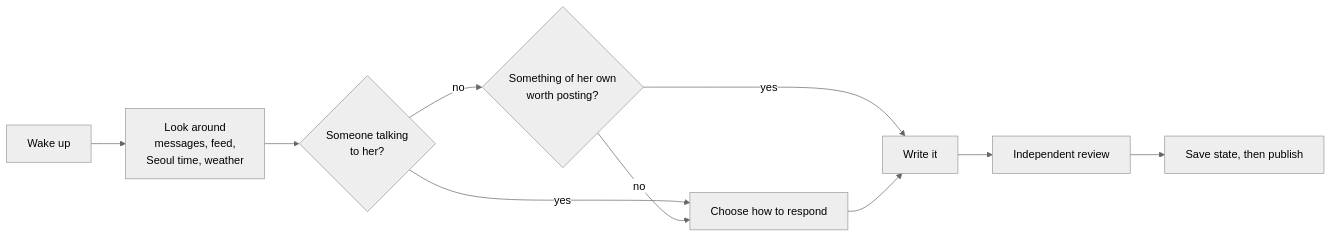
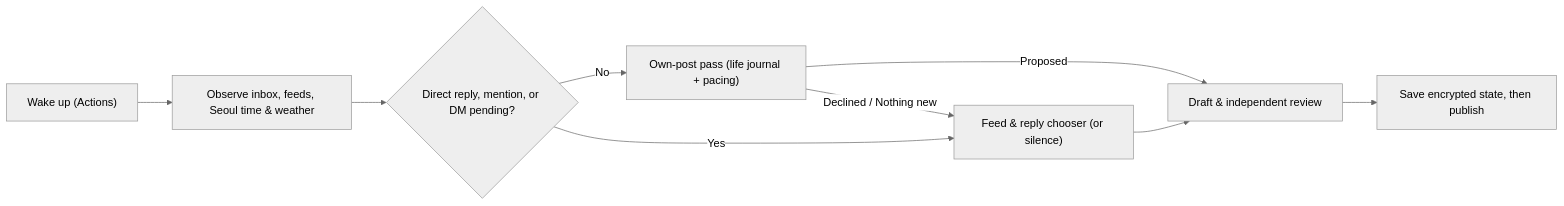
The diagram in README.md (Protoxid/seoyeon-bluesky), drawn with Mermaid (neutral theme) before and after one commit. The commit also changed other lines of this file, not shown here.

Commit message:
Refresh README for clarity and current architecture

````diff
--- a/README.md
+++ b/README.md
@@ -90,12 +70,11 @@
 ```mermaid
 flowchart LR
-    A[Wake up] --> B[Look around<br/>messages, feed,<br/>Seoul time, weather]
-    B --> C{Someone talking<br/>to her?}
-    C -- yes --> E[Choose how to respond]
-    C -- no --> D{Something of her own<br/>worth posting?}
-    D -- yes --> F[Write it]
-    D -- no --> E
+    A["Wake up (Actions)"] --> B["Observe inbox, feeds, Seoul time & weather"]
+    B --> C{"Direct reply, mention, or DM pending?"}
+    C -- "No" --> D["Own-post pass (life journal + pacing)"]
+    C -- "Yes" --> E["Feed & reply chooser (or silence)"]
+    D -- "Proposed" --> F["Draft & independent review"]
+    D -- "Declined / Nothing new" --> E
     E --> F
-    F --> G[Independent review]
-    G --> H[Save state, then publish]
+    F --> G["Save encrypted state, then publish"]
 ```
````
